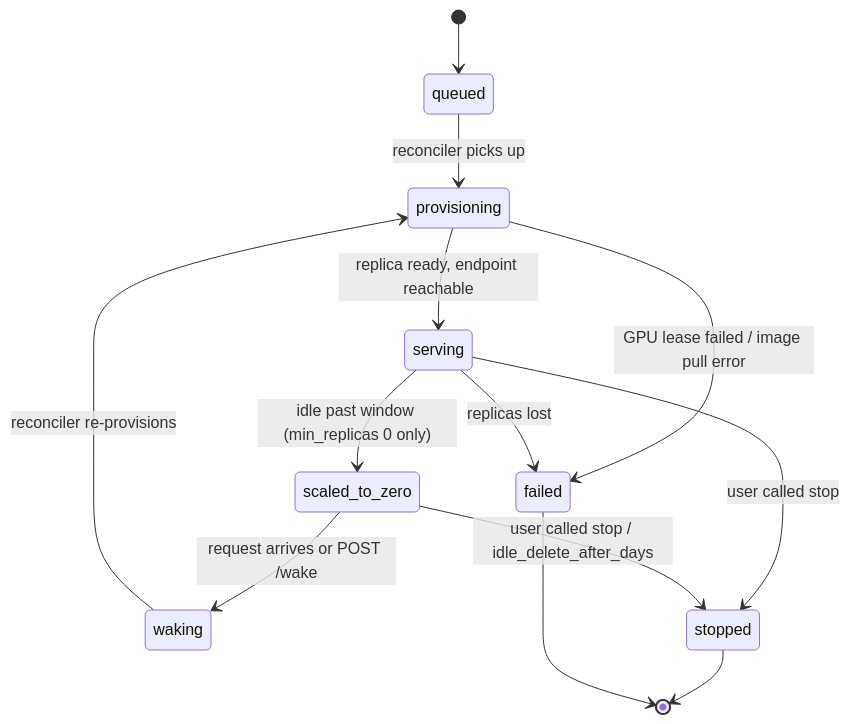
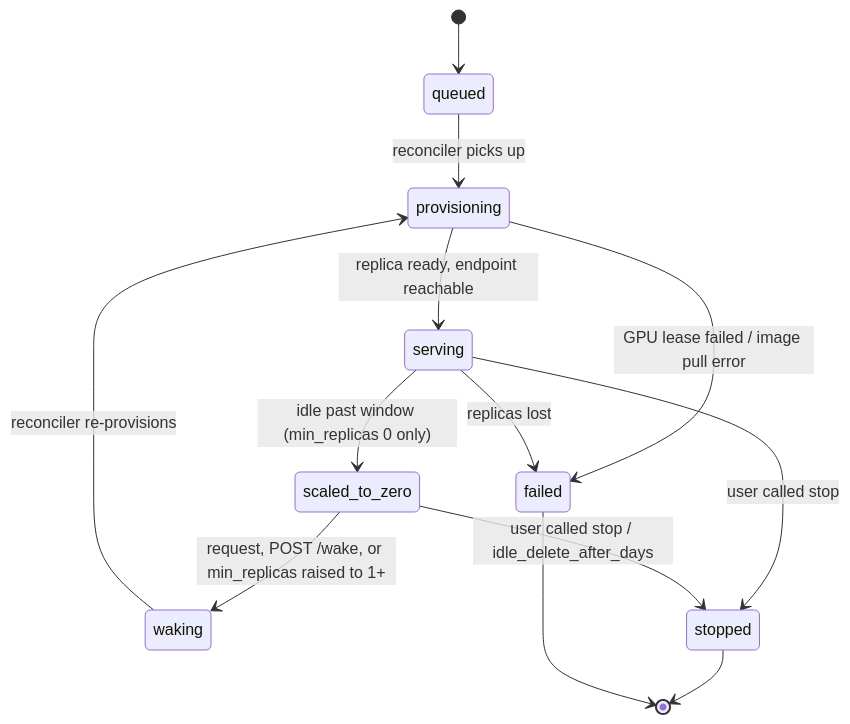
Before and after one commit to DannyMang/documentation: the diagram in deployments.mdx, drawn with Mermaid. The commit also changed other lines of this file and 3 other files, not shown here.

First line of the commit message:
docs: raising min_replicas on a parked deployment wakes it; first-boot scaling applies once serving (S24)

````diff
--- a/deployments.mdx
+++ b/deployments.mdx
@@ -63,15 +63,15 @@
 ```mermaid
 stateDiagram-v2
     [*] --> queued
     queued --> provisioning : reconciler picks up
     provisioning --> serving : replica ready, endpoint reachable
     provisioning --> failed : GPU lease failed / image pull error
     serving --> scaled_to_zero : idle past window (min_replicas 0 only)
-    scaled_to_zero --> waking : request arrives or POST /wake
+    scaled_to_zero --> waking : request, POST /wake, or min_replicas raised to 1+
     waking --> provisioning : reconciler re-provisions
     serving --> stopped : user called stop
     scaled_to_zero --> stopped : user called stop / idle_delete_after_days
     serving --> failed : replicas lost
     stopped --> [*]
     failed --> [*]
 ```
````
